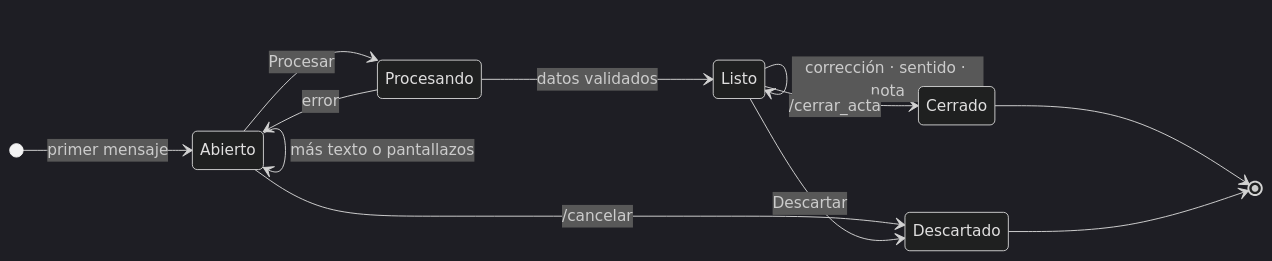
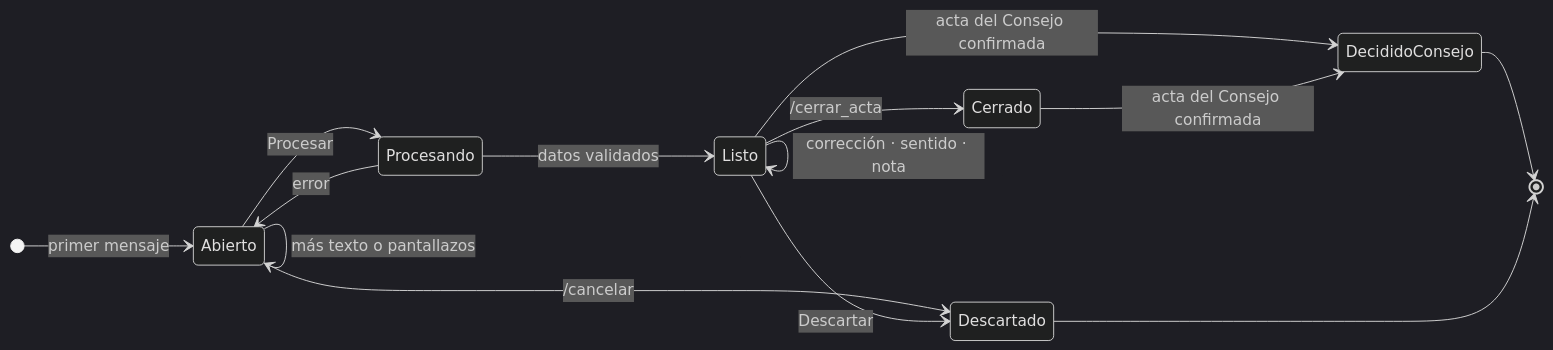
Before and after one commit to cmorregof/fcen_bot: the second of 2 diagrams in README.md, drawn with Mermaid (dark theme). The commit also changed other lines of this file and 4 other files, not shown here.

Commit message:
feat(web): pantalla «Acta del Consejo» y decisión del Consejo en la ficha

````diff
--- a/README.md
+++ b/README.md
@@ -65,15 +66,17 @@
 ```mermaid
 stateDiagram-v2
     direction LR
     [*] --> Abierto: primer mensaje
     Abierto --> Abierto: más texto o pantallazos
     Abierto --> Procesando: Procesar
     Procesando --> Abierto: error
     Procesando --> Listo: datos validados
     Listo --> Listo: corrección · sentido · nota
     Listo --> Cerrado: /cerrar_acta
+    Listo --> DecididoConsejo: acta del Consejo confirmada
+    Cerrado --> DecididoConsejo: acta del Consejo confirmada
     Abierto --> Descartado: /cancelar
     Listo --> Descartado: Descartar
-    Cerrado --> [*]
+    DecididoConsejo --> [*]
     Descartado --> [*]
 ```
````
